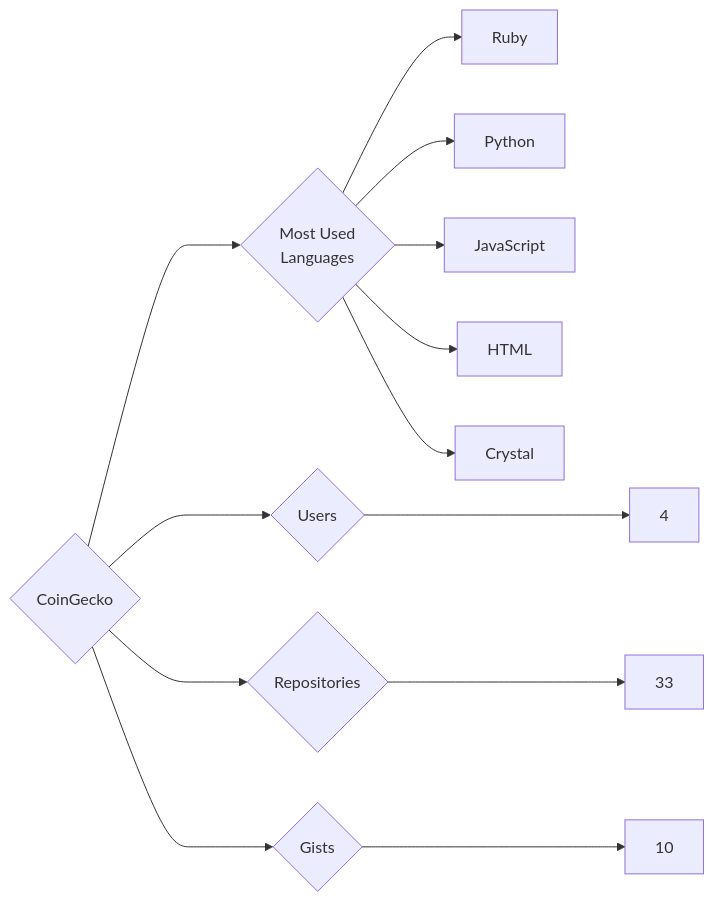
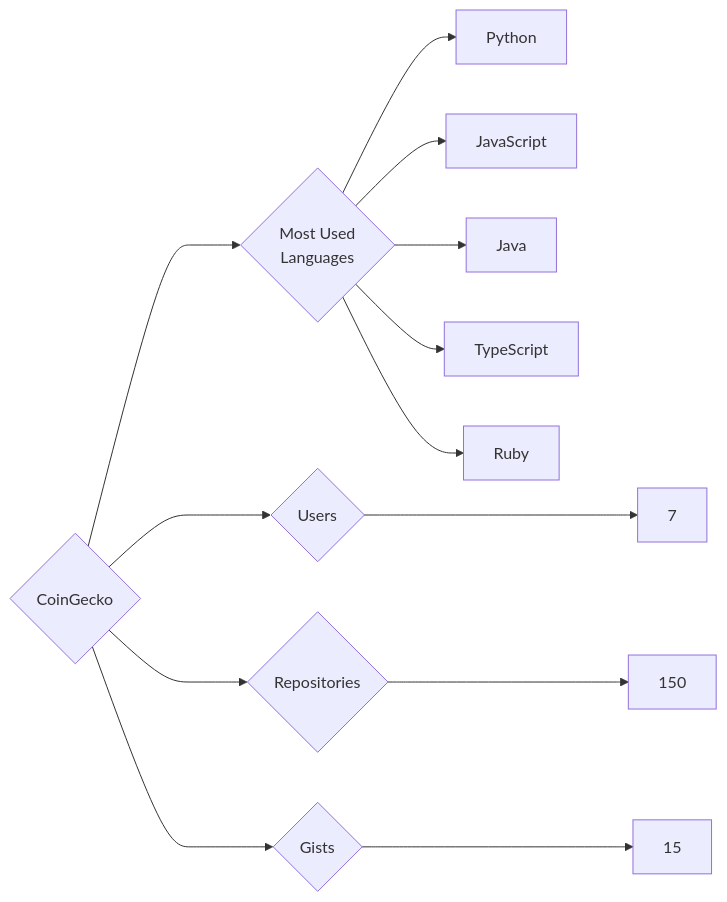
The diagram in targets/CoinGecko/README.md (trickest/insiders), drawn with Mermaid before and after one commit. The commit also changed 1020 other files, not shown here.

````diff
--- a/targets/CoinGecko/README.md
+++ b/targets/CoinGecko/README.md
@@ -3,13 +3,13 @@
 ```mermaid
 graph LR
 COMPANY_NAME{CoinGecko}
-COMPANY_NAME ---> U{Users} ---> UN[4]
-COMPANY_NAME ---> R{Repositories} ---> RN[33]
-COMPANY_NAME ---> G{Gists} ---> GN[10]
+COMPANY_NAME ---> U{Users} ---> UN[7]
+COMPANY_NAME ---> R{Repositories} ---> RN[150]
+COMPANY_NAME ---> G{Gists} ---> GN[15]
 COMPANY_NAME ---> ML{Most Used<br>Languages}
-ML --> Ruby[Ruby]
 ML --> Python[Python]
 ML --> JavaScript[JavaScript]
-ML --> HTML[HTML]
-ML --> Crystal[Crystal]
+ML --> Java[Java]
+ML --> TypeScript[TypeScript]
+ML --> Ruby[Ruby]
 ```
````
